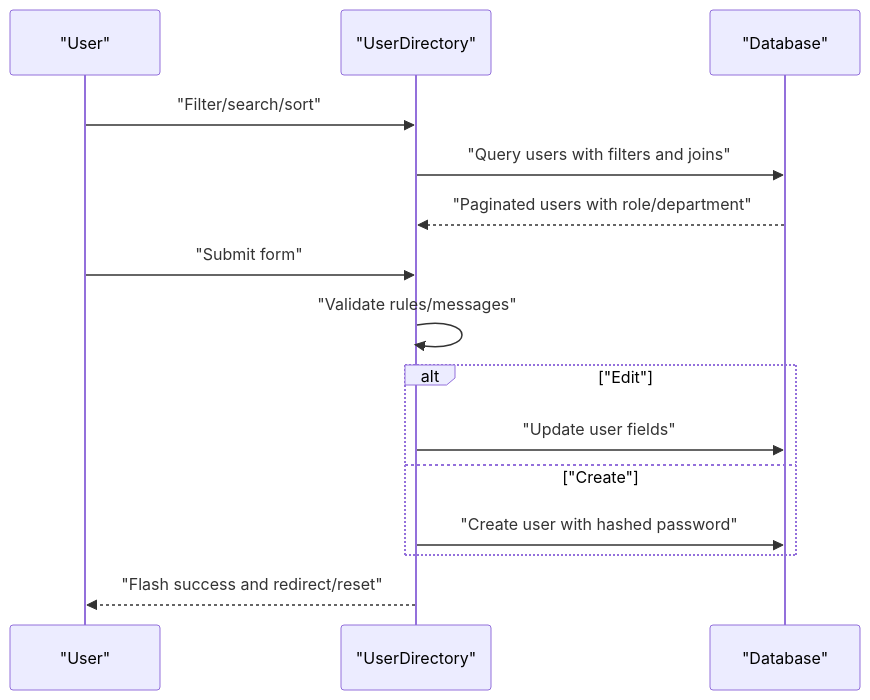
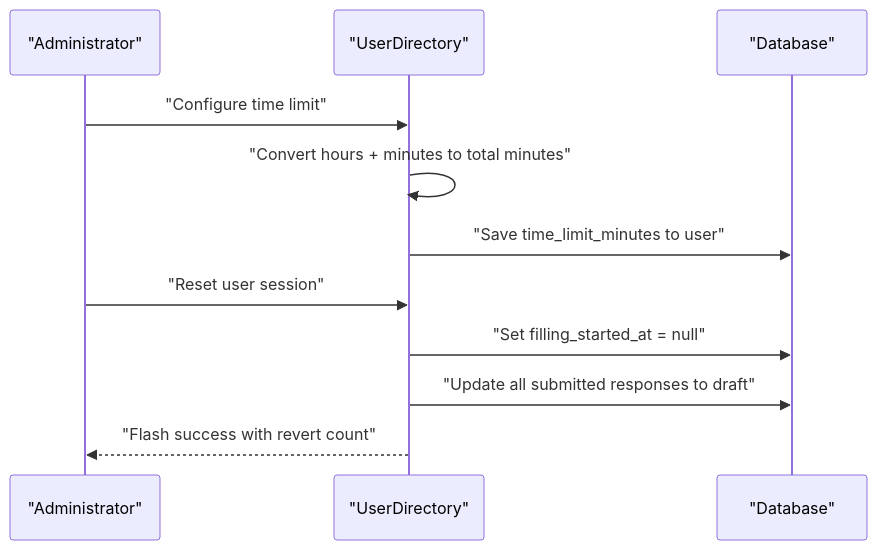
The fifth of 11 diagrams in .qoder/repowiki/en/content/Livewire Components/Admin Components.md (rudicatsmile/assesment360), drawn with Mermaid before and after one commit. The commit also changed other lines of this file and 6 other files, not shown here.

````diff
--- a/.qoder/repowiki/en/content/Livewire Components/Admin Components.md
+++ b/.qoder/repowiki/en/content/Livewire Components/Admin Components.md
@@ -286,17 +283,13 @@
 ```mermaid
 sequenceDiagram
-participant U as "User"
+participant U as "Administrator"
 participant C as "UserDirectory"
 participant DB as "Database"
-U->>C : "Filter/search/sort"
-C->>DB : "Query users with filters and joins"
-DB-->>C : "Paginated users with role/department"
-U->>C : "Submit form"
-C->>C : "Validate rules/messages"
-alt "Edit"
-C->>DB : "Update user fields"
-else "Create"
-C->>DB : "Create user with hashed password"
-end
-C-->>U : "Flash success and redirect/reset"
+U->>C : "Configure time limit"
+C->>C : "Convert hours + minutes to total minutes"
+C->>DB : "Save time_limit_minutes to user"
+U->>C : "Reset user session"
+C->>DB : "Set filling_started_at = null"
+C->>DB : "Update all submitted responses to draft"
+C-->>U : "Flash success with revert count"
 ```
````
